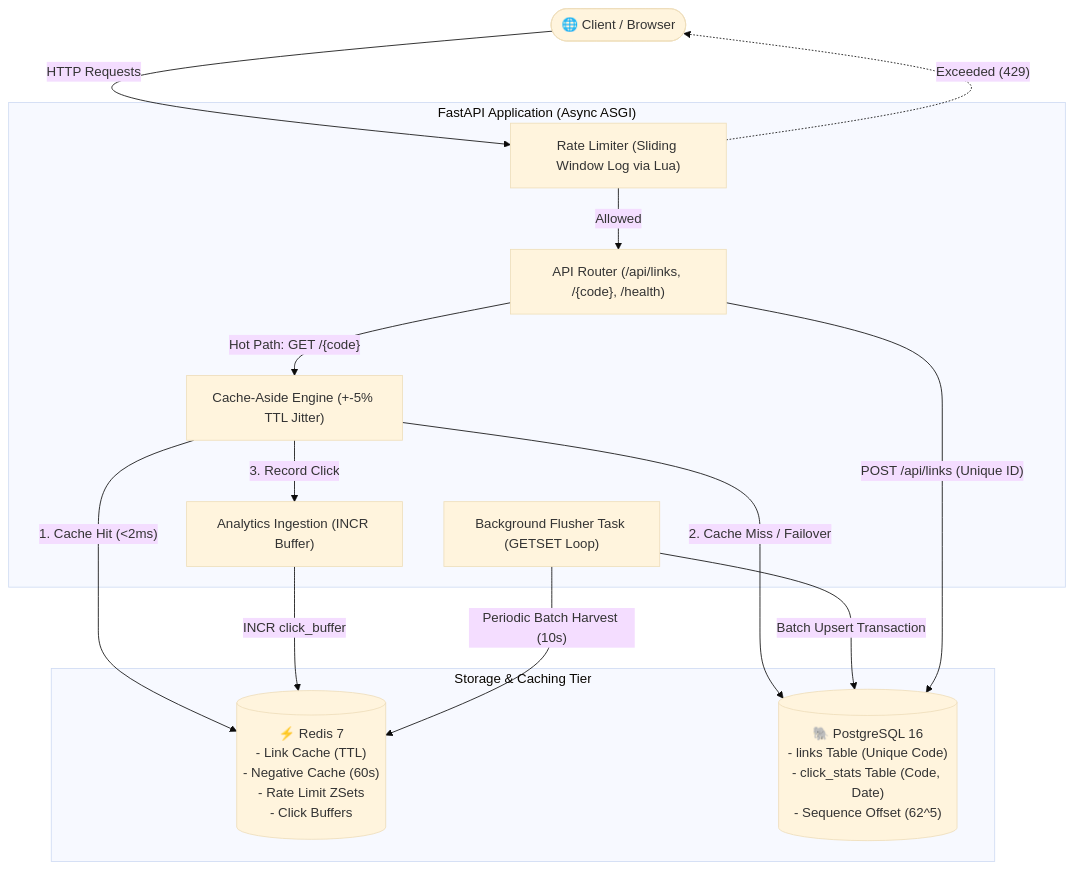
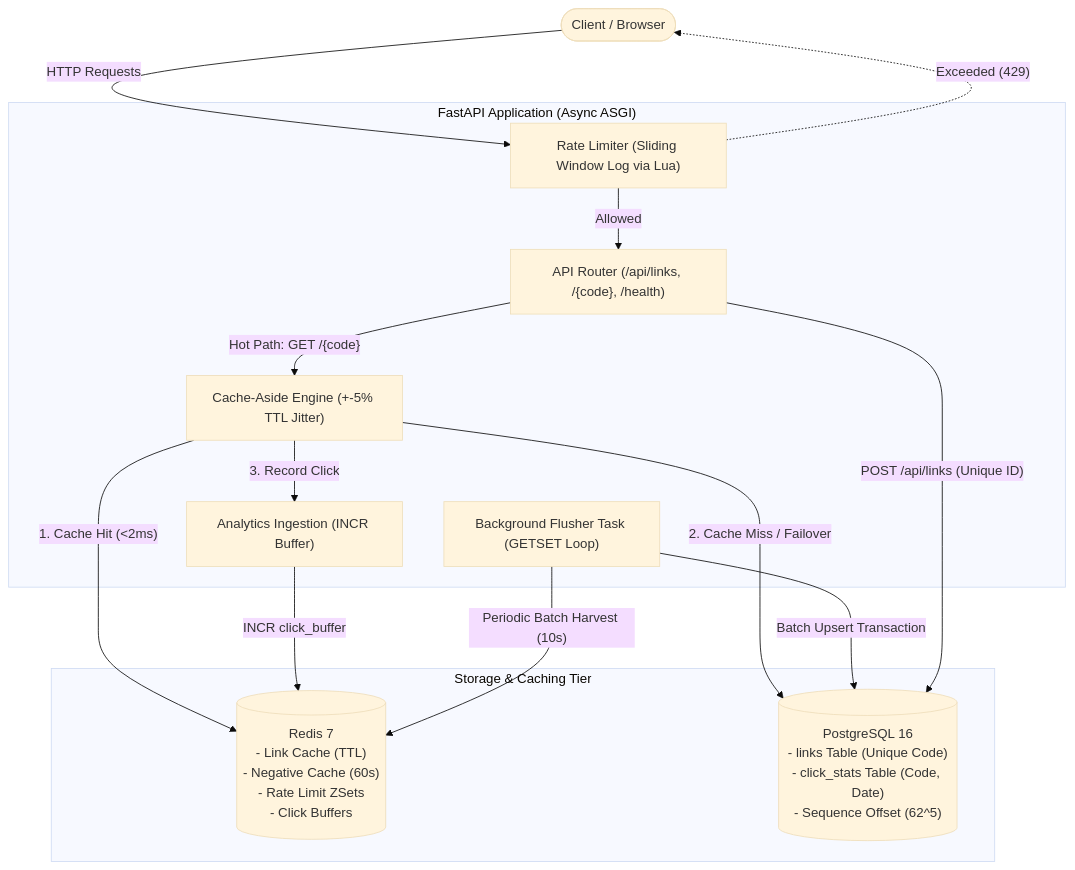
The diagram in README.md (Ajaysr01/LinkLite), drawn with Mermaid (base theme) before and after one commit.

Commit message:
Fix formatting issues in README.md

````diff
--- a/README.md
+++ b/README.md
@@ -17,32 +17,32 @@
 ```mermaid
 flowchart TD
-    Client(["🌐 Client / Browser"])
+    Client(["Client / Browser"])
 
     subgraph AppService ["FastAPI Application (Async ASGI)"]
         RateLimit["Rate Limiter (Sliding Window Log via Lua)"]
         Router["API Router (/api/links, /{code}, /health)"]
         CacheAside["Cache-Aside Engine (+-5% TTL Jitter)"]
         AnalyticsBuffer["Analytics Ingestion (INCR Buffer)"]
         Worker["Background Flusher Task (GETSET Loop)"]
     end
 
     subgraph StorageTier ["Storage & Caching Tier"]
-        Redis[("⚡ Redis 7\n- Link Cache (TTL)\n- Negative Cache (60s)\n- Rate Limit ZSets\n- Click Buffers")]
-        Postgres[("🐘 PostgreSQL 16\n- links Table (Unique Code)\n- click_stats Table (Code, Date)\n- Sequence Offset (62^5)")]
+        Redis[("Redis 7\n- Link Cache (TTL)\n- Negative Cache (60s)\n- Rate Limit ZSets\n- Click Buffers")]
+        Postgres[("PostgreSQL 16\n- links Table (Unique Code)\n- click_stats Table (Code, Date)\n- Sequence Offset (62^5)")]
     end
 
     Client -->|"HTTP Requests"| RateLimit
     RateLimit -->|"Allowed"| Router
     RateLimit -.->|"Exceeded (429)"| Client
 
     Router -->|"Hot Path: GET /{code}"| CacheAside
     CacheAside -->|"1. Cache Hit (<2ms)"| Redis
     CacheAside -->|"2. Cache Miss / Failover"| Postgres
     CacheAside -->|"3. Record Click"| AnalyticsBuffer
     AnalyticsBuffer -->|"INCR click_buffer"| Redis
 
     Worker -->|"Periodic Batch Harvest (10s)"| Redis
     Worker -->|"Batch Upsert Transaction"| Postgres
 
     Router -->|"POST /api/links (Unique ID)"| Postgres
 ```
````
